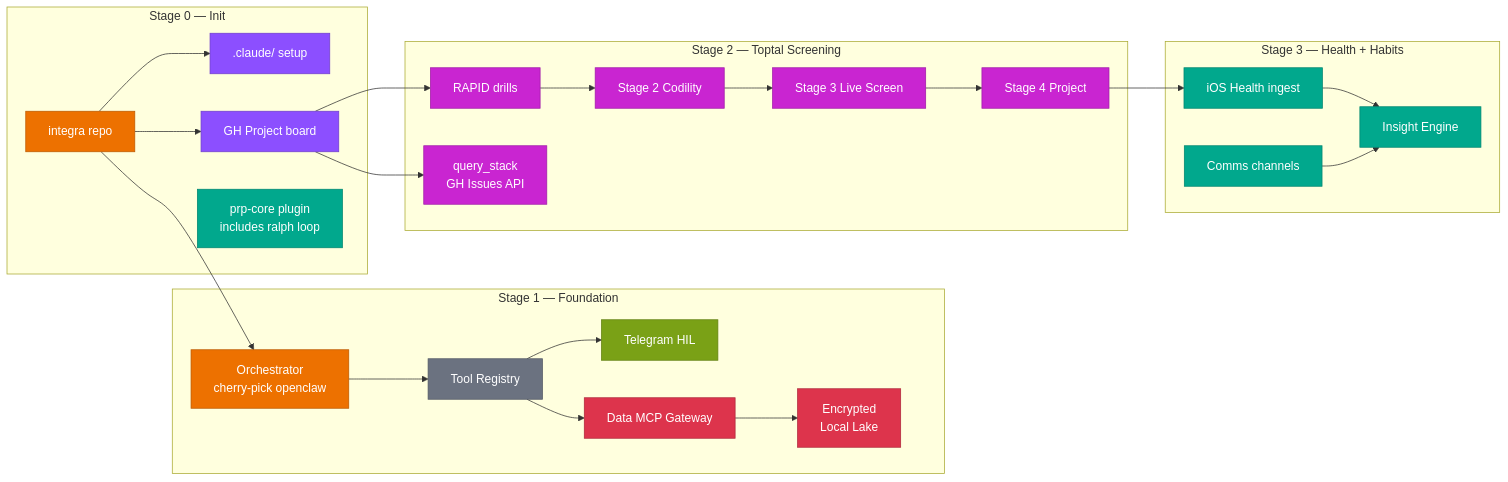
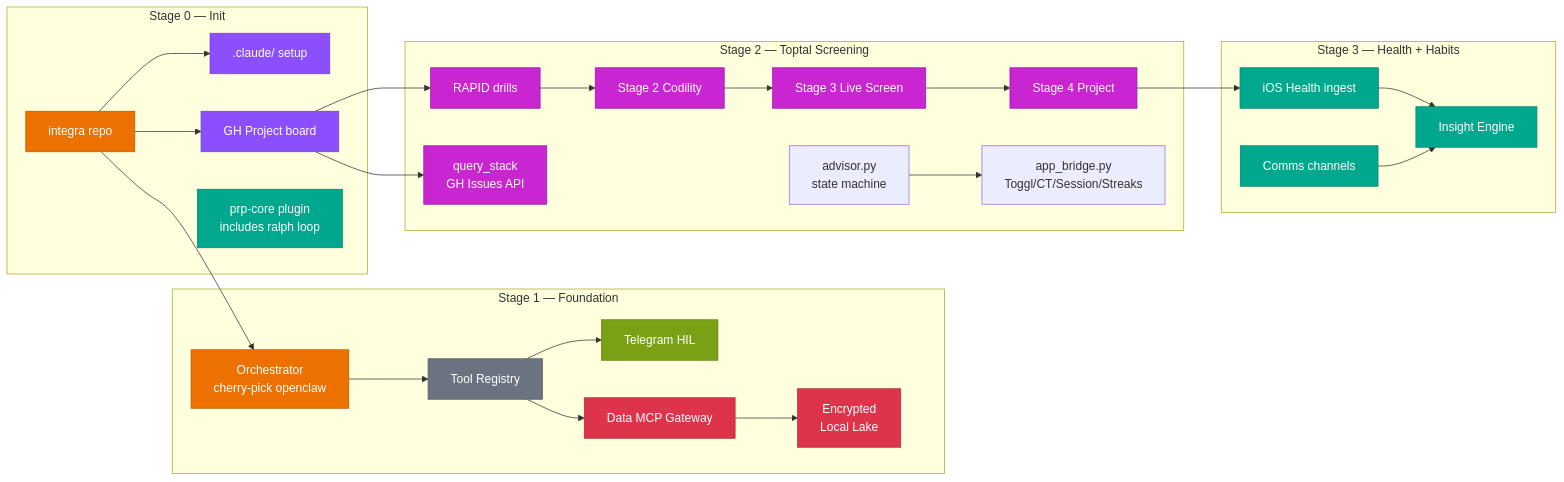
One commit to bprzybysz/integra changed the first of 4 diagrams in ROADMAP.md. Above: the diagram before and after it, drawn with Mermaid. The commit also changed other lines of this file and 28 other files, not shown here.

````diff
--- a/ROADMAP.md
+++ b/ROADMAP.md
@@ -33,50 +33,53 @@
 ```mermaid
 graph LR
     subgraph "Stage 0 — Init"
         A[integra repo] --> B[.claude/ setup]
         A --> C[GH Project board]
         D[prp-core plugin<br/>includes ralph loop]
     end
 
     subgraph "Stage 1 — Foundation"
         F[Orchestrator<br/>cherry-pick openclaw] --> G[Tool Registry]
         G --> H[Telegram HIL]
         G --> I[Data MCP Gateway]
         I --> J[Encrypted<br/>Local Lake]
     end
 
     subgraph "Stage 2 — Toptal Screening"
         K[RAPID drills] --> L[Stage 2 Codility]
         L --> M[Stage 3 Live Screen]
         M --> N[Stage 4 Project]
         T[query_stack<br/>GH Issues API]
+        ADV[advisor.py<br/>state machine]
+        AB[app_bridge.py<br/>Toggl/CT/Session/Streaks]
+        ADV --> AB
     end
 
     subgraph "Stage 3 — Health + Habits"
         O[iOS Health ingest] --> Q[Insight Engine]
         P[Comms channels] --> Q
     end
 
     A --> F
     C --> K
     C --> T
     N --> O
 
     style A fill:#ED7100,color:#fff,stroke:#BD5A00,stroke-width:1px
     style B fill:#8C4FFF,color:#fff,stroke:#703FCC,stroke-width:1px
     style C fill:#8C4FFF,color:#fff,stroke:#703FCC,stroke-width:1px
     style D fill:#01A88D,color:#fff,stroke:#008670,stroke-width:1px
     style F fill:#ED7100,color:#fff,stroke:#BD5A00,stroke-width:1px
     style G fill:#6B7280,color:#fff,stroke:#555B66,stroke-width:1px
     style H fill:#7AA116,color:#fff,stroke:#618011,stroke-width:1px
     style I fill:#DD344C,color:#fff,stroke:#B0293C,stroke-width:1px
     style J fill:#DD344C,color:#fff,stroke:#B0293C,stroke-width:1px
     style K fill:#C925D1,color:#fff,stroke:#A01EA7,stroke-width:1px
     style L fill:#C925D1,color:#fff,stroke:#A01EA7,stroke-width:1px
     style M fill:#C925D1,color:#fff,stroke:#A01EA7,stroke-width:1px
     style N fill:#C925D1,color:#fff,stroke:#A01EA7,stroke-width:1px
     style O fill:#01A88D,color:#fff,stroke:#008670,stroke-width:1px
     style P fill:#01A88D,color:#fff,stroke:#008670,stroke-width:1px
     style Q fill:#01A88D,color:#fff,stroke:#008670,stroke-width:1px
     style T fill:#C925D1,color:#fff,stroke:#A01EA7,stroke-width:1px
 ```
````
